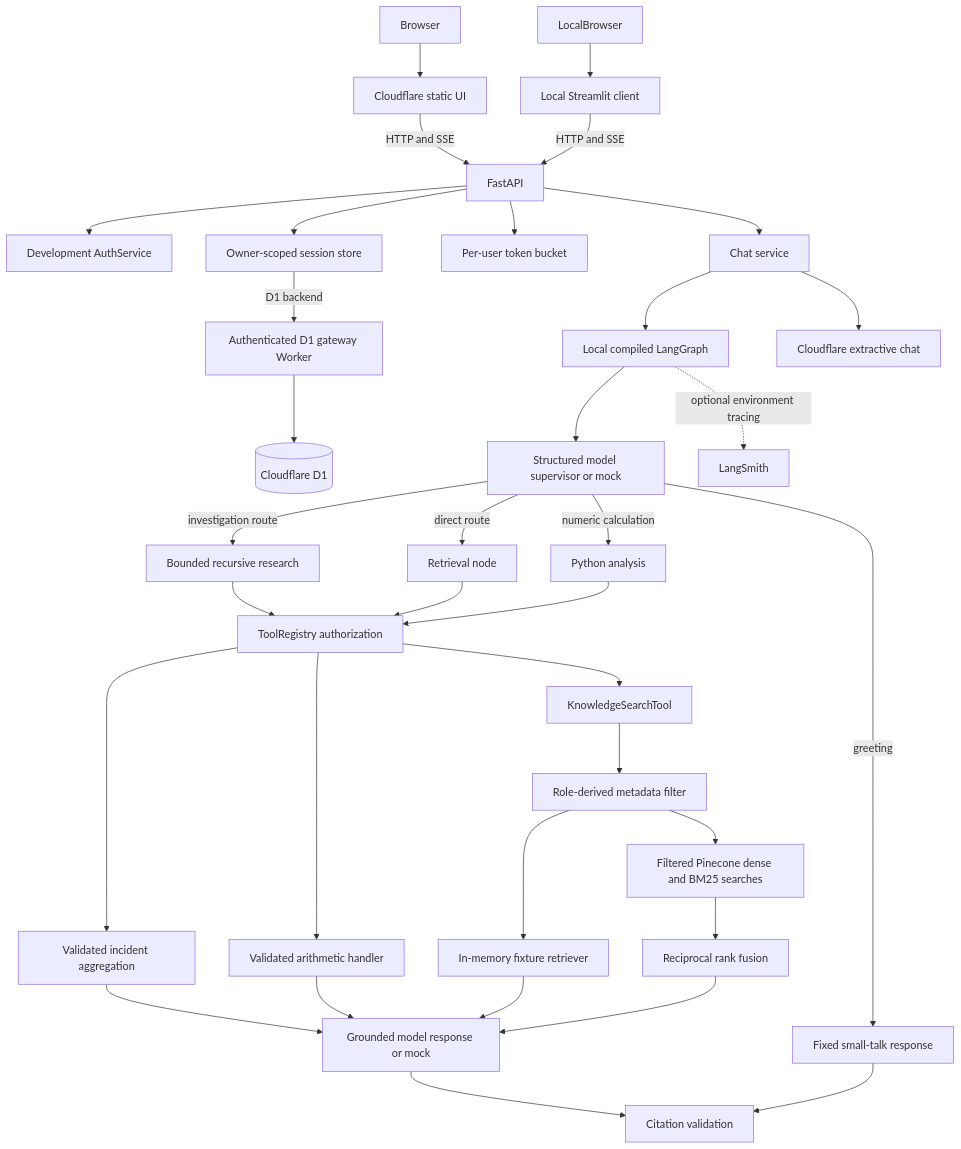
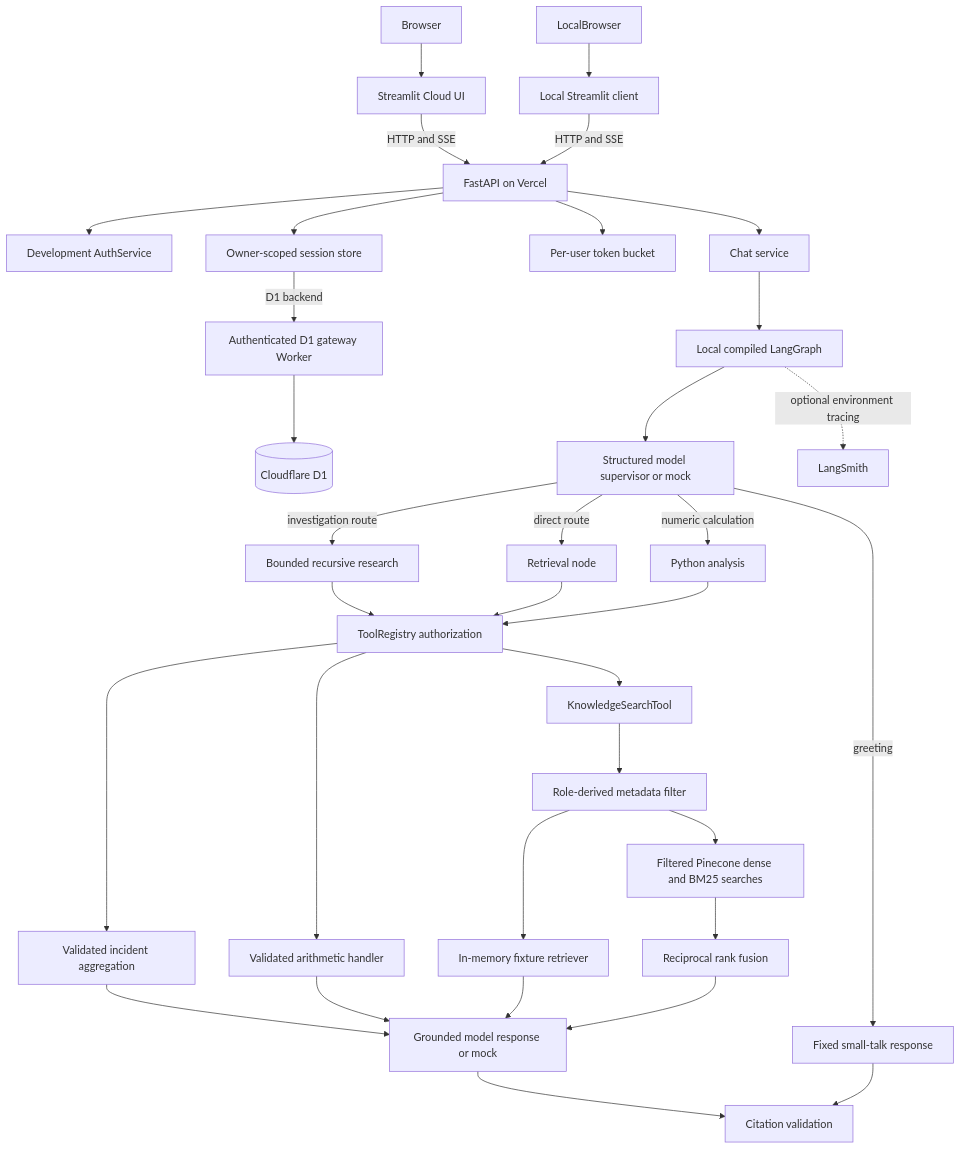
The first of 2 diagrams in docs/architecture.md (Thavarshan/enterprise-knowledge-assistant), drawn with Mermaid before and after one commit. The commit also changed other lines of this file and 10 other files, not shown here.

Commit message:
Gate Vercel API deployment on CI

````diff
--- a/docs/architecture.md
+++ b/docs/architecture.md
@@ -28,37 +27,36 @@
 ```mermaid
 flowchart TB
-  Browser --> UI[Cloudflare static UI]
-  UI -->|HTTP and SSE| API[FastAPI]
+  Browser --> UI[Streamlit Cloud UI]
+  UI -->|HTTP and SSE| API[FastAPI on Vercel]
   LocalBrowser --> Streamlit[Local Streamlit client]
   Streamlit -->|HTTP and SSE| API
   API --> Auth[Development AuthService]
   API --> Owner[Owner-scoped session store]
   Owner -->|D1 backend| Worker[Authenticated D1 gateway Worker]
   Worker --> D1[(Cloudflare D1)]
   API --> Limit[Per-user token bucket]
   API --> Chat[Chat service]
   Chat --> Graph[Local compiled LangGraph]
-  Chat --> WorkerChat[Cloudflare extractive chat]
   Graph --> Supervisor[Structured model supervisor or mock]
   Supervisor -->|greeting| SmallTalk[Fixed small-talk response]
   Supervisor -->|direct route| Retrieval[Retrieval node]
   Supervisor -->|investigation route| Research[Bounded recursive research]
   Supervisor -->|numeric calculation| Analysis[Python analysis]
   Research --> Registry
   Retrieval --> Registry[ToolRegistry authorization]
   Registry --> Knowledge[KnowledgeSearchTool]
   Registry --> IncidentAnalysis[Validated incident aggregation]
   Registry --> PythonAnalysis[Validated arithmetic handler]
   Analysis --> Registry
   IncidentAnalysis --> Response[Grounded response]
   PythonAnalysis --> Response
   Knowledge --> Filter[Role-derived metadata filter]
   Filter --> Fixture[In-memory fixture retriever]
   Filter --> Pinecone[Filtered Pinecone dense and BM25 searches]
   Pinecone --> RRF[Reciprocal rank fusion]
   Fixture --> Response[Grounded model response or mock]
   RRF --> Response
   Response --> Validate[Citation validation]
   SmallTalk --> Validate
   Graph -. optional environment tracing .-> LangSmith[LangSmith]
 ```
````
